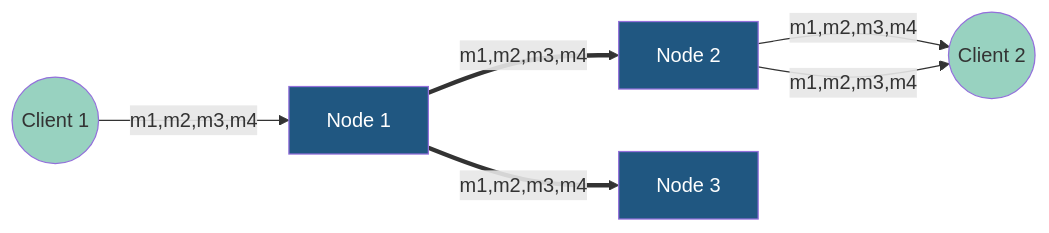
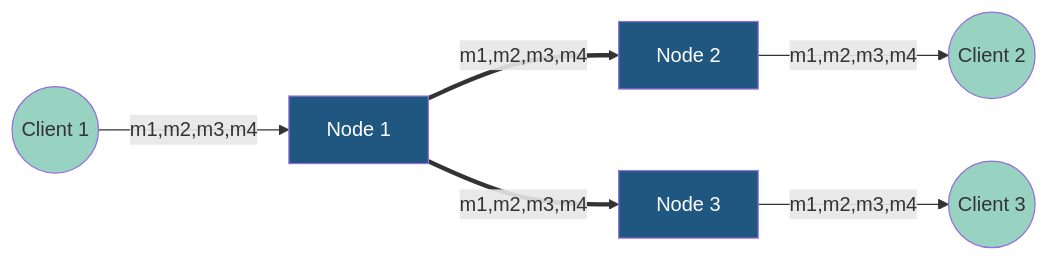
One commit to niklas-enns/message-broker changed the third of 3 diagrams in README.md. Above: the diagram before and after it, drawn with Mermaid.

Commit message:
reformat table

````diff
--- a/README.md
+++ b/README.md
@@ -110,16 +110,16 @@
 ```mermaid
 graph LR;
     N1[Node 1]==>|m1,m2,m3,m4|N2[Node 2]
     N1==>|m1,m2,m3,m4|N3[Node 3]
     
     C1((Client 1))-->|m1,m2,m3,m4|N1;
     N2-->|m1,m2,m3,m4|C2((Client 2));
-    N2-->|m1,m2,m3,m4|C2((Client 2));
+    N3-->|m1,m2,m3,m4|C3((Client 3));
     
     classDef c1 fill:#205781,color:white;
     classDef c2 fill:#4F959D,color:white;
     classDef c3 fill:#98D2C0;
     classDef c4 fill:#F6F8D5;
     class N1,N2,N3 c1
     class C1,C2,C3,C4 c3
 ```
````
